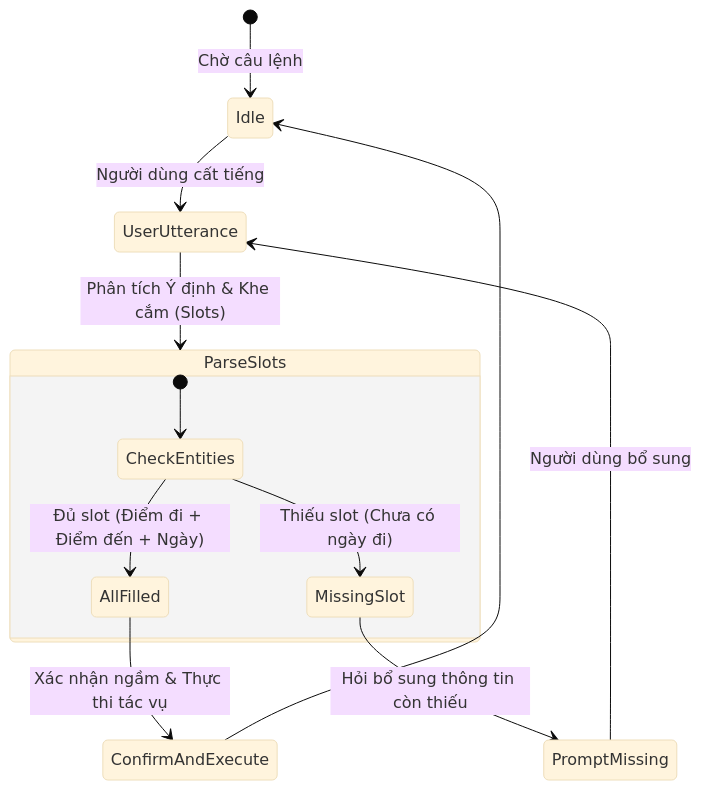
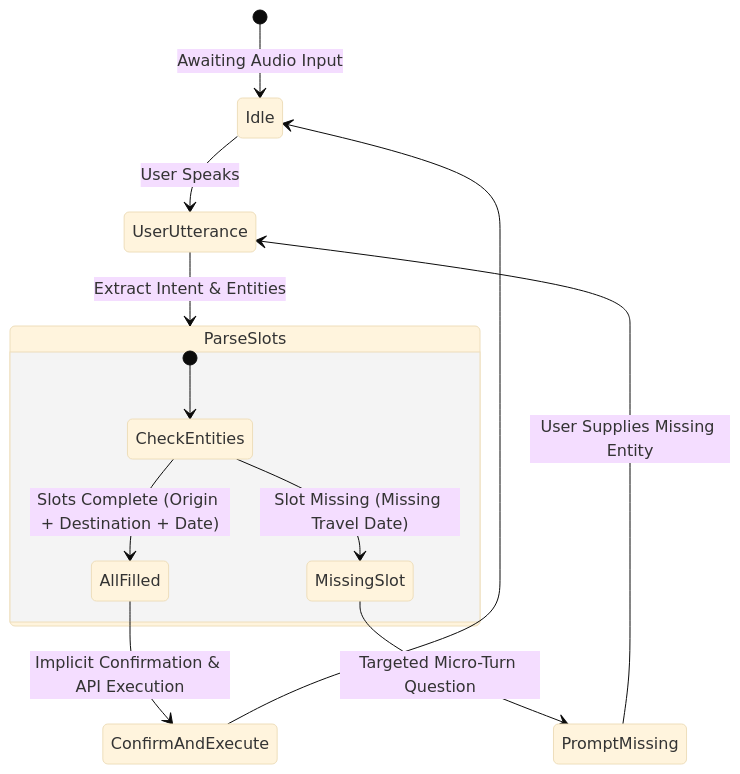
The diagram in 03-conversational-design-system/prompt-and-dialog-engineering.md (jangtrinh/design-os-voice-ux), drawn with Mermaid (base theme) before and after one commit. The commit also changed other lines of this file and 41 other files, not shown here.

````diff
--- a/03-conversational-design-system/prompt-and-dialog-engineering.md
+++ b/03-conversational-design-system/prompt-and-dialog-engineering.md
@@ -85,17 +85,17 @@
 ```mermaid
 stateDiagram-v2
-    [*] --> Idle: Chờ câu lệnh
-    Idle --> UserUtterance: Người dùng cất tiếng
-    UserUtterance --> ParseSlots: Phân tích Ý định & Khe cắm (Slots)
+    [*] --> Idle: Awaiting Audio Input
+    Idle --> UserUtterance: User Speaks
+    UserUtterance --> ParseSlots: Extract Intent & Entities
 
     state ParseSlots {
         [*] --> CheckEntities
-        CheckEntities --> AllFilled: Đủ slot (Điểm đi + Điểm đến + Ngày)
-        CheckEntities --> MissingSlot: Thiếu slot (Chưa có ngày đi)
+        CheckEntities --> AllFilled: Slots Complete (Origin + Destination + Date)
+        CheckEntities --> MissingSlot: Slot Missing (Missing Travel Date)
     }
 
-    MissingSlot --> PromptMissing: Hỏi bổ sung thông tin còn thiếu
-    PromptMissing --> UserUtterance: Người dùng bổ sung
-    AllFilled --> ConfirmAndExecute: Xác nhận ngầm & Thực thi tác vụ
+    MissingSlot --> PromptMissing: Targeted Micro-Turn Question
+    PromptMissing --> UserUtterance: User Supplies Missing Entity
+    AllFilled --> ConfirmAndExecute: Implicit Confirmation & API Execution
     ConfirmAndExecute --> Idle
 ```
````
